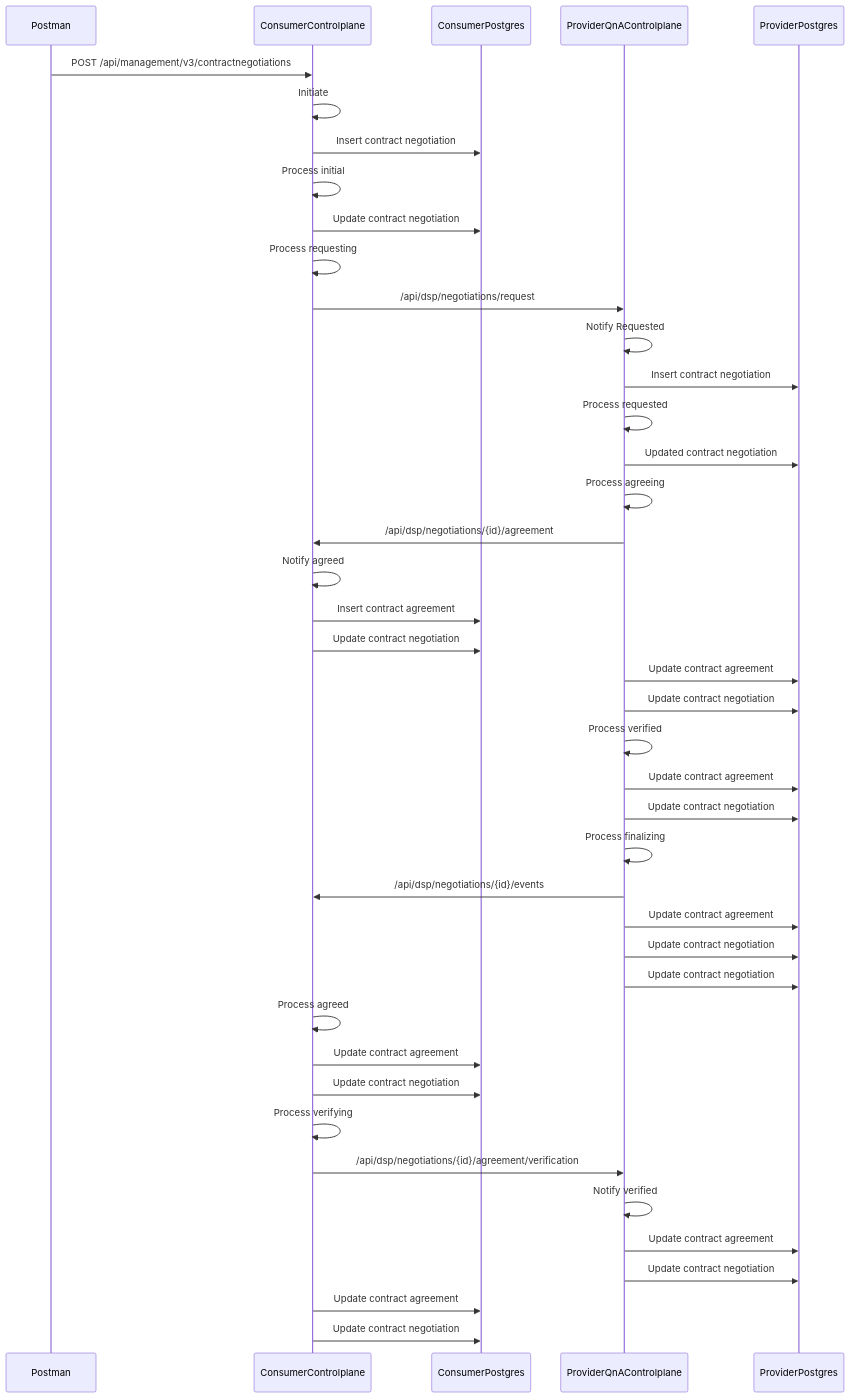
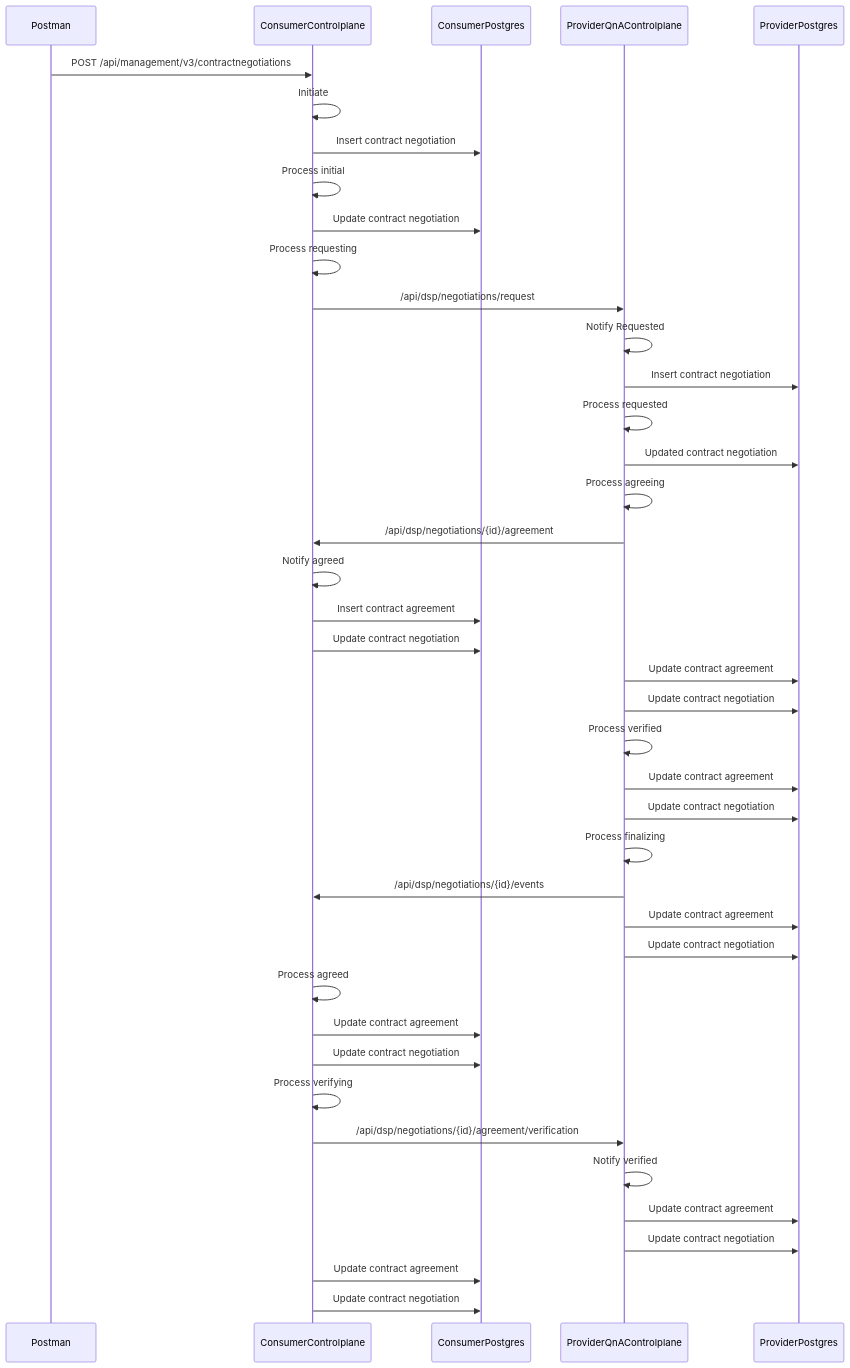
Before and after one commit to Smightym8/MinimumViableDataspace: the fifth of 11 diagrams in README.md, drawn with Mermaid. The commit also changed 9 other files, not shown here.

````diff
--- a/README.md
+++ b/README.md
@@ -1027,39 +1027,38 @@
 ```mermaid
 sequenceDiagram
   Postman ->> ConsumerControlplane: POST /api/management/v3/contractnegotiations
   ConsumerControlplane ->> ConsumerControlplane: Initiate
   ConsumerControlplane ->> ConsumerPostgres: Insert contract negotiation
   ConsumerControlplane ->> ConsumerControlplane: Process initial
   ConsumerControlplane ->> ConsumerPostgres: Update contract negotiation
   ConsumerControlplane ->> ConsumerControlplane: Process requesting
   ConsumerControlplane ->> ProviderQnAControlplane: /api/dsp/negotiations/request
   ProviderQnAControlplane ->> ProviderQnAControlplane: Notify Requested
   ProviderQnAControlplane ->> ProviderPostgres: Insert contract negotiation
   ProviderQnAControlplane ->> ProviderQnAControlplane: Process requested
   ProviderQnAControlplane ->> ProviderPostgres: Updated contract negotiation
   ProviderQnAControlplane ->> ProviderQnAControlplane: Process agreeing
   ProviderQnAControlplane ->> ConsumerControlplane: /api/dsp/negotiations/{id}/agreement
   ConsumerControlplane ->> ConsumerControlplane: Notify agreed
   ConsumerControlplane ->> ConsumerPostgres: Insert contract agreement
   ConsumerControlplane ->> ConsumerPostgres: Update contract negotiation
   ProviderQnAControlplane ->> ProviderPostgres: Update contract agreement
   ProviderQnAControlplane ->> ProviderPostgres: Update contract negotiation
   ProviderQnAControlplane ->> ProviderQnAControlplane: Process verified
   ProviderQnAControlplane ->> ProviderPostgres: Update contract agreement
   ProviderQnAControlplane ->> ProviderPostgres: Update contract negotiation
   ProviderQnAControlplane ->> ProviderQnAControlplane: Process finalizing
   ProviderQnAControlplane ->> ConsumerControlplane: /api/dsp/negotiations/{id}/events
   ProviderQnAControlplane ->> ProviderPostgres: Update contract agreement
   ProviderQnAControlplane ->> ProviderPostgres: Update contract negotiation
-  ProviderQnAControlplane ->> ProviderPostgres: Update contract negotiation
   ConsumerControlplane ->> ConsumerControlplane: Process agreed
   ConsumerControlplane ->> ConsumerPostgres: Update contract agreement
   ConsumerControlplane ->> ConsumerPostgres: Update contract negotiation
   ConsumerControlplane ->> ConsumerControlplane: Process verifying
   ConsumerControlplane ->> ProviderQnAControlplane: /api/dsp/negotiations/{id}/agreement/verification
   ProviderQnAControlplane ->> ProviderQnAControlplane: Notify verified
   ProviderQnAControlplane ->> ProviderPostgres: Update contract agreement
   ProviderQnAControlplane ->> ProviderPostgres: Update contract negotiation
   ConsumerControlplane ->> ConsumerPostgres: Update contract agreement
   ConsumerControlplane ->> ConsumerPostgres: Update contract negotiation
 ```
````
